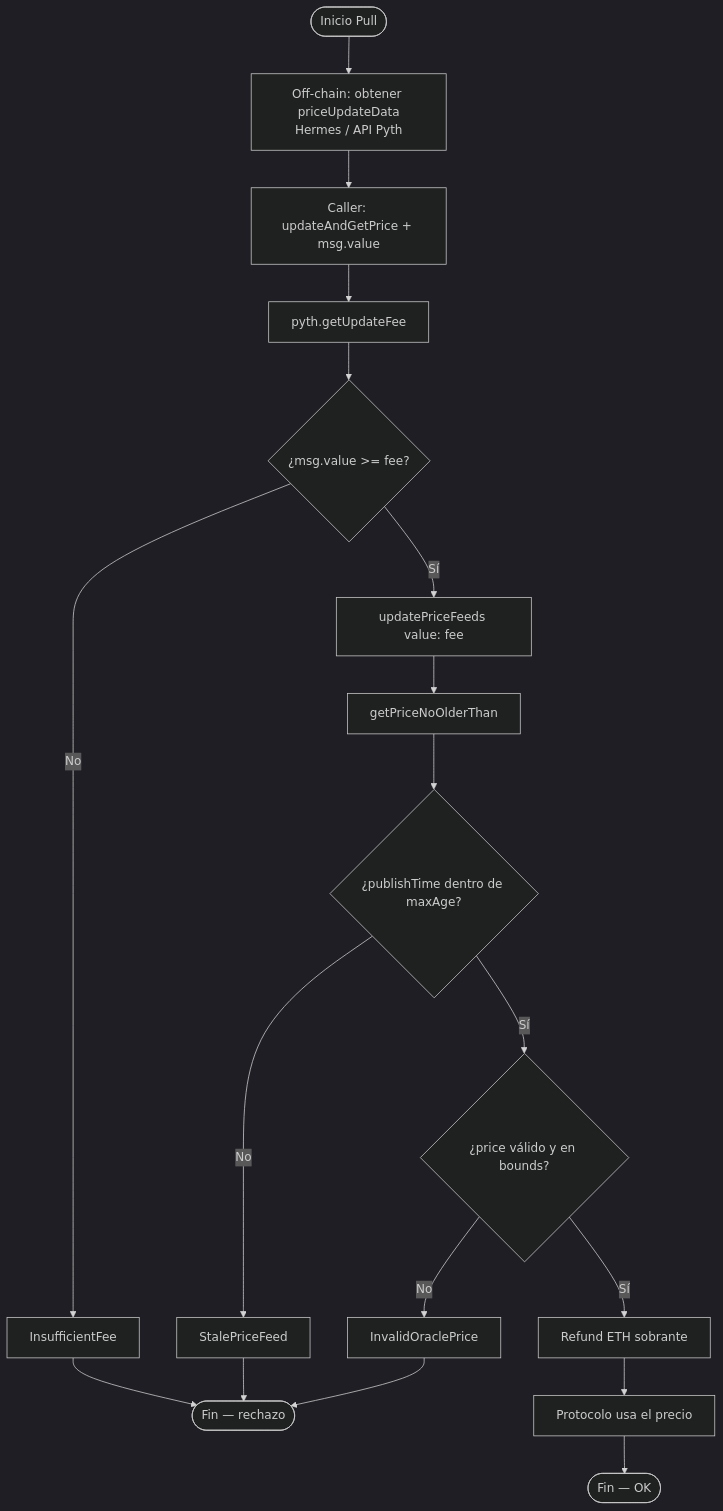
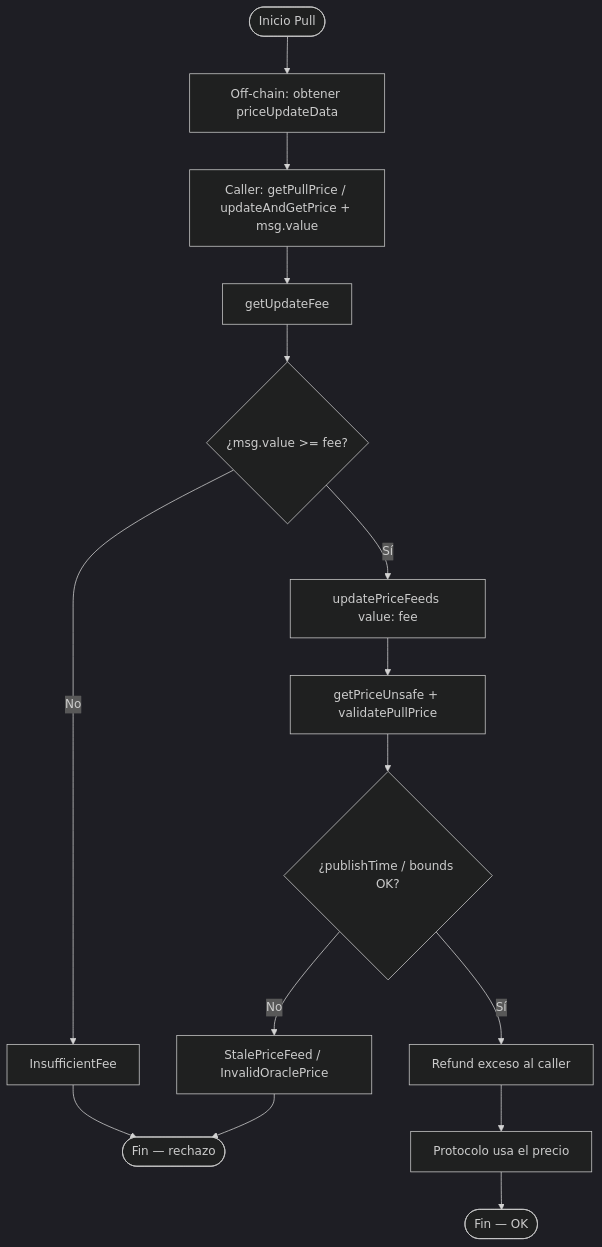
One commit to rastrahm/decentralized-oracles changed the second of 7 diagrams in doc/flujograma.md. Above: the diagram before and after it, drawn with Mermaid (dark theme). The commit also changed other lines of this file and 12 other files, not shown here.

````diff
--- a/doc/flujograma.md
+++ b/doc/flujograma.md
@@ -44,21 +45,18 @@
 ```mermaid
 flowchart TD
-    Start([Inicio Pull]) --> Fetch[Off-chain: obtener priceUpdateData\nHermes / API Pyth]
-    Fetch --> Call[Caller: updateAndGetPrice + msg.value]
-    Call --> Fee[pyth.getUpdateFee]
+    Start([Inicio Pull]) --> Fetch[Off-chain: obtener priceUpdateData]
+    Fetch --> Call[Caller: getPullPrice / updateAndGetPrice + msg.value]
+    Call --> Fee[getUpdateFee]
     Fee --> Pay{¿msg.value >= fee?}
     Pay -->|No| RejF[InsufficientFee]
     Pay -->|Sí| Upd[updatePriceFeeds value: fee]
-    Upd --> Get[getPriceNoOlderThan]
-    Get --> Fresh{¿publishTime dentro de maxAge?}
-    Fresh -->|No| RejS[StalePriceFeed]
-    Fresh -->|Sí| Bound{¿price válido y en bounds?}
-    Bound -->|No| RejI[InvalidOraclePrice]
-    Bound -->|Sí| Refund[Refund ETH sobrante]
+    Upd --> Get[getPriceUnsafe + validatePullPrice]
+    Get --> Fresh{¿publishTime / bounds OK?}
+    Fresh -->|No| RejS[StalePriceFeed / InvalidOraclePrice]
+    Fresh -->|Sí| Refund[Refund exceso al caller]
     Refund --> Use[Protocolo usa el precio]
     Use --> End([Fin — OK])
 
     RejF --> EndFail([Fin — rechazo])
     RejS --> EndFail
-    RejI --> EndFail
 ```
````
